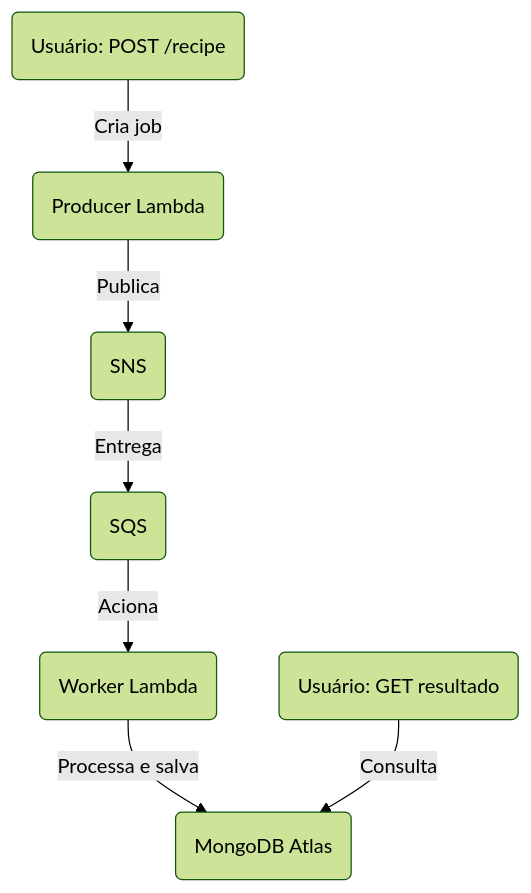
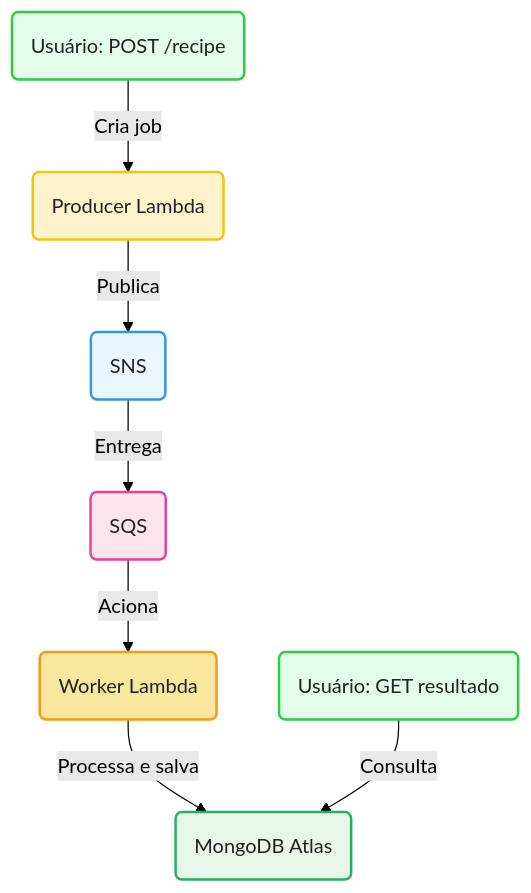
The diagram in README.md (nathalia-acordi/recipe-improviser-pipeline), drawn with Mermaid (forest theme) before and after one commit. The commit also changed other lines of this file, not shown here.

Commit message:
Revise README for improved clarity and structure

````diff
--- a/README.md
+++ b/README.md
@@ -93,9 +93,23 @@
 ```mermaid
 flowchart TD
-   A(Usuário: POST /recipe) -->|Cria job| B(Producer Lambda)
-   B -->|Publica| C(SNS)
-   C -->|Entrega| D(SQS)
-   D -->|Aciona| E(Worker Lambda)
-   E -->|Processa e salva| F(MongoDB Atlas)
-   G(Usuário: GET resultado) -->|Consulta| F
+    A(Usuário: POST /recipe):::user -->|Cria job| B(Producer Lambda):::lambda
+    B -->|Publica| C(SNS):::sns
+    C -->|Entrega| D(SQS):::sqs
+    D -->|Aciona| E(Worker Lambda):::lambda2
+    E -->|Processa e salva| F(MongoDB Atlas):::mongo
+    G(Usuário: GET resultado):::user -->|Consulta| F
+
+    classDef user fill:#e3fcec,stroke:#2ecc40,stroke-width:2px,color:#222;
+    classDef lambda fill:#fff3cd,stroke:#f1c40f,stroke-width:2px,color:#222;
+    classDef lambda2 fill:#f9e79f,stroke:#f39c12,stroke-width:2px,color:#222;
+    classDef sns fill:#eaf6ff,stroke:#3498db,stroke-width:2px,color:#222;
+    classDef sqs fill:#fce4ec,stroke:#e84393,stroke-width:2px,color:#222;
+    classDef mongo fill:#e8f5e9,stroke:#27ae60,stroke-width:2px,color:#222;
+
+    class A,G user;
+    class B lambda;
+    class E lambda2;
+    class C sns;
+    class D sqs;
+    class F mongo;
 ```
````
